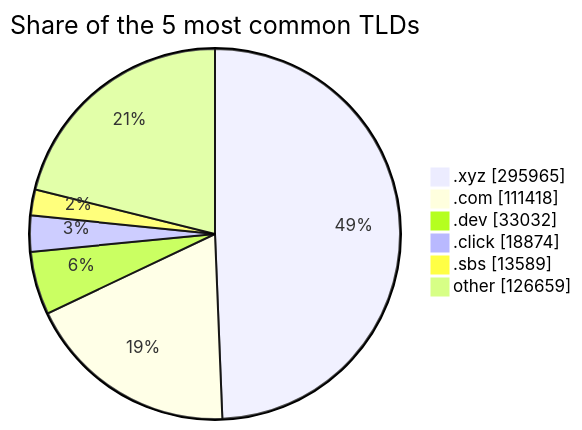
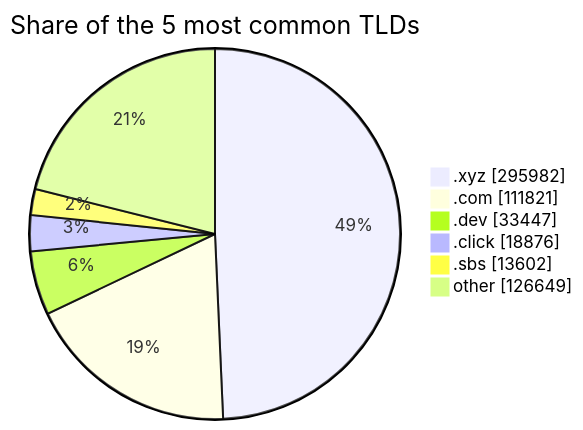
One commit to DNSBunker/CTI changed the third of 3 diagrams in README.md. Above: the diagram before and after it, drawn with Mermaid. The commit also changed other lines of this file and 3 other files, not shown here.

````diff
--- a/README.md
+++ b/README.md
@@ -81,9 +81,9 @@
 ```mermaid
 pie showData title Share of the 5 most common TLDs
-    ".xyz" : 295965
-    ".com" : 111418
-    ".dev" : 33032
-    ".click" : 18874
-    ".sbs" : 13589
-    "other" : 126659
+    ".xyz" : 295982
+    ".com" : 111821
+    ".dev" : 33447
+    ".click" : 18876
+    ".sbs" : 13602
+    "other" : 126649
 ```
````
